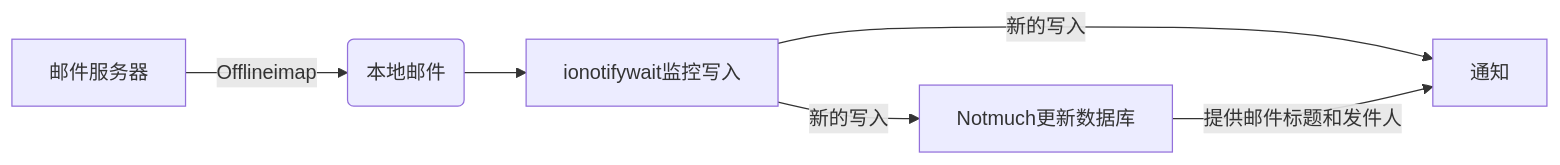
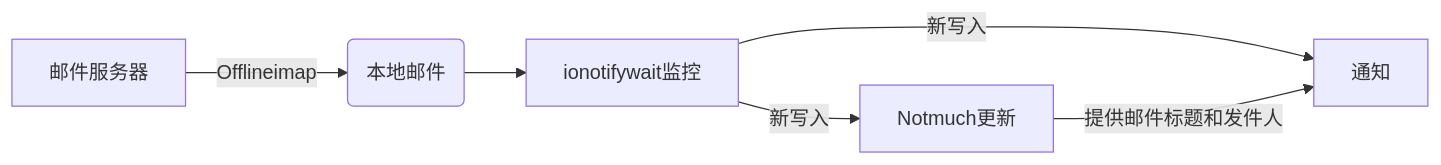
Before and after one commit to Kzinux/kzinux.github.io: the diagram in _posts/2020-11-04-Offlineimap-Mail-Notification.md, drawn with Mermaid.

Commit message:
Edit post

```diff
--- a/_posts/2020-11-04-Offlineimap-Mail-Notification.md
+++ b/_posts/2020-11-04-Offlineimap-Mail-Notification.md
@@ -20,8 +20,8 @@
 <div class="mermaid">
 graph LR;
 A[邮件服务器] -->|Offlineimap|B(本地邮件);
-    B --> C[ionotifywait监控写入];
-    C -->|新的写入| D[通知];
-    C -->|新的写入| E[Notmuch更新数据库];
+    B --> C[ionotifywait监控];
+    C -->|新写入| D[通知];
+    C -->|新写入| E[Notmuch更新];
     E -->|提供邮件标题和发件人| D;
 </div>
```
